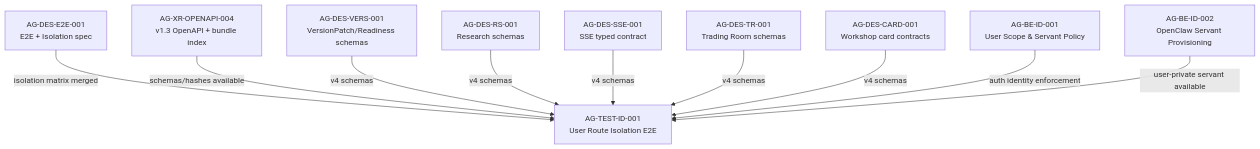
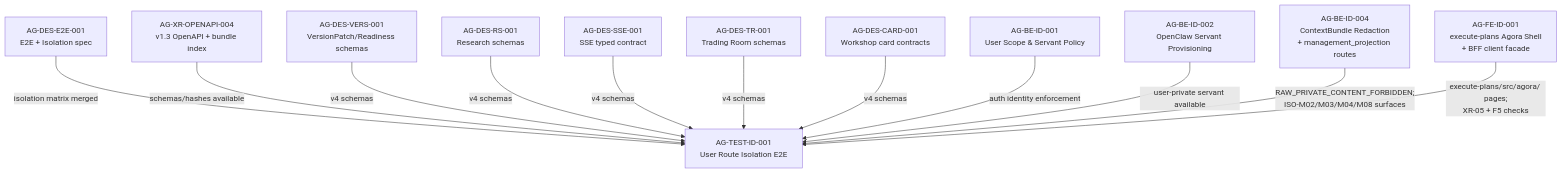
One commit to ajoe734/pantheon changed the diagram in support/sidecars/AG-TEST-ID-001/AG-TEST-ID-001-SIDECAR-ACCEPTANCE.md. Above: the diagram before and after it, drawn with Mermaid. The commit also changed other lines of this file and 1 other file, not shown here.

First line of the commit message:
AG-TEST-ID-001-SIDECAR-ACCEPTANCE: address reviewer change requests

````diff
--- a/support/sidecars/AG-TEST-ID-001/AG-TEST-ID-001-SIDECAR-ACCEPTANCE.md
+++ b/support/sidecars/AG-TEST-ID-001/AG-TEST-ID-001-SIDECAR-ACCEPTANCE.md
@@ -219,12 +223,14 @@
 ```mermaid
 graph TD
     DES_E2E_001["AG-DES-E2E-001<br/>E2E + Isolation spec"] -->|isolation matrix merged| AG_TEST_ID_001["AG-TEST-ID-001<br/>User Route Isolation E2E"]
     AG_XR_OPENAPI_004["AG-XR-OPENAPI-004<br/>v1.3 OpenAPI + bundle index"] -->|schemas/hashes available| AG_TEST_ID_001
     AG_DES_VERS_001["AG-DES-VERS-001<br/>VersionPatch/Readiness schemas"] -->|v4 schemas| AG_TEST_ID_001
     AG_DES_RS_001["AG-DES-RS-001<br/>Research schemas"] -->|v4 schemas| AG_TEST_ID_001
     AG_DES_SSE_001["AG-DES-SSE-001<br/>SSE typed contract"] -->|v4 schemas| AG_TEST_ID_001
     AG_DES_TR_001["AG-DES-TR-001<br/>Trading Room schemas"] -->|v4 schemas| AG_TEST_ID_001
     AG_DES_CARD_001["AG-DES-CARD-001<br/>Workshop card contracts"] -->|v4 schemas| AG_TEST_ID_001
     AG_BE_ID_001["AG-BE-ID-001<br/>User Scope & Servant Policy"] -->|auth identity enforcement| AG_TEST_ID_001
     AG_BE_ID_002["AG-BE-ID-002<br/>OpenClaw Servant Provisioning"] -->|user-private servant available| AG_TEST_ID_001
+    AG_BE_ID_004["AG-BE-ID-004<br/>ContextBundle Redaction<br/>+ management_projection routes"] -->|RAW_PRIVATE_CONTENT_FORBIDDEN;<br/>ISO-M02/M03/M04/M08 surfaces| AG_TEST_ID_001
+    AG_FE_ID_001["AG-FE-ID-001<br/>execute-plans Agora Shell<br/>+ BFF client facade"] -->|execute-plans/src/agora/ pages;<br/>XR-05 + F5 checks| AG_TEST_ID_001
 ```
````
